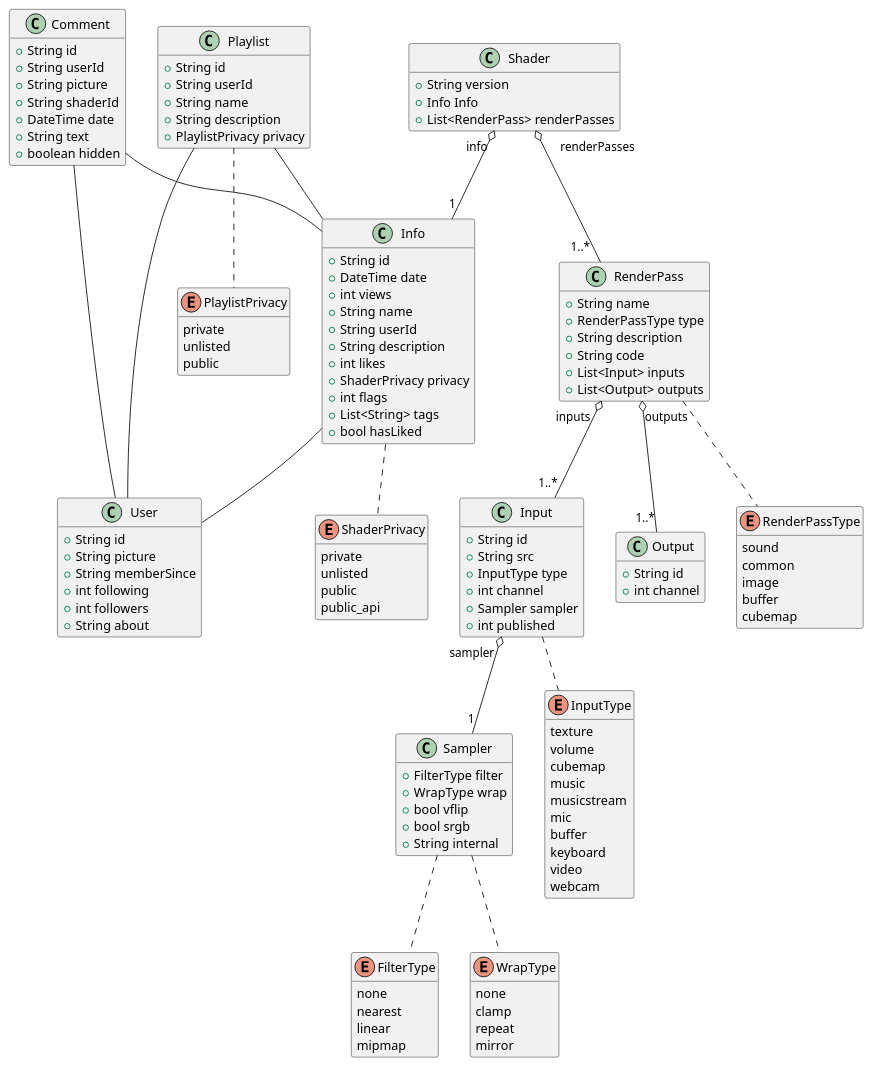
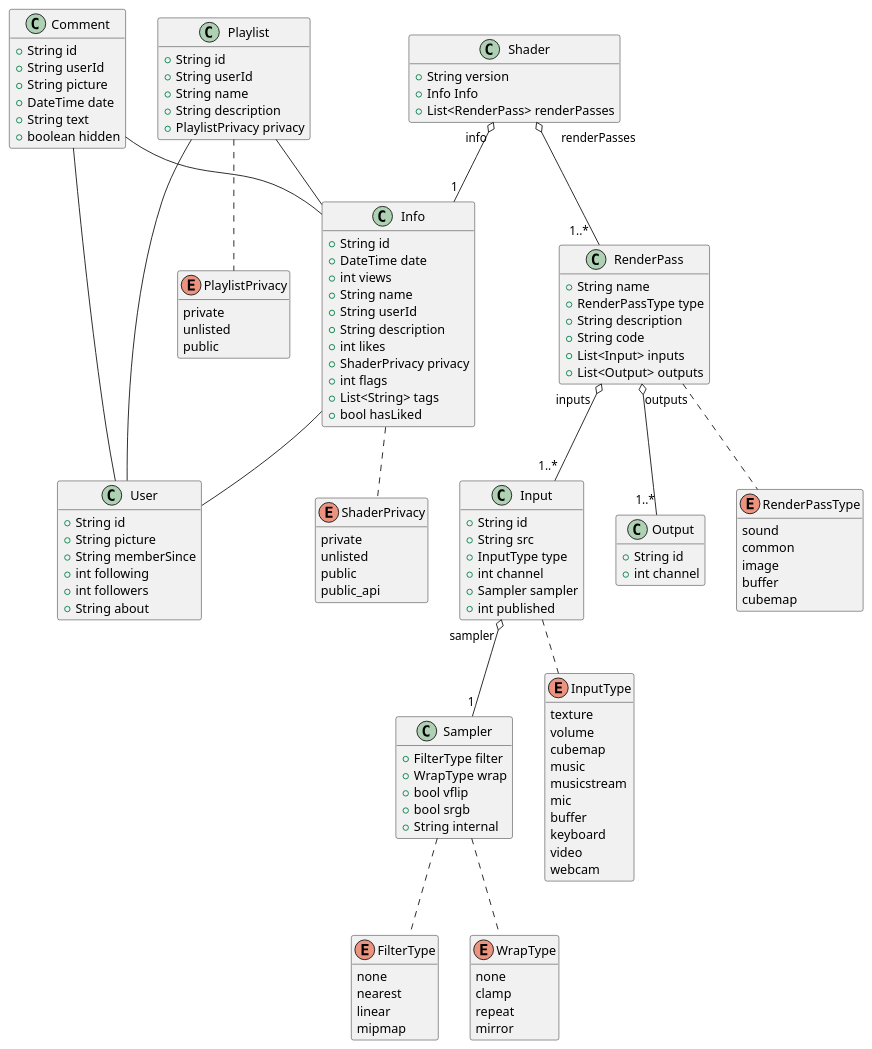
The diagram in model.pu (ivoleitao/shadertoy_api), drawn with PlantUML before and after one commit. The commit also changed 22 other files, not shown here.

```diff
--- a/model.pu
+++ b/model.pu
@@ -1,152 +1,151 @@
 @startuml model
 
 hide methods
 
 class User {
  +String id
  +String picture
  +String memberSince
  +int following
  +int followers
  +String about
 }
 
 class Comment {
     +String id
     +String userId
     +String picture
-    +String shaderId
     +DateTime date
     +String text
     +boolean hidden
 }
 
 enum ShaderPrivacy {
     private
     unlisted
     public
     public_api
 }
 
 class Info {
     +String id
     +DateTime date
     +int views 
     +String name
     +String userId
     +String description
     +int likes
     +ShaderPrivacy privacy
     +int flags
     +List<String> tags
     +bool hasLiked
 }
 
 enum FilterType {
     none
     nearest
     linear
     mipmap
 }
 
 enum WrapType {
     none
     clamp
     repeat
     mirror
 }
 
 class Sampler {
     +FilterType filter
     +WrapType wrap
     +bool vflip
     +bool srgb
     +String internal
 }
 
 enum InputType {
     texture
     volume
     cubemap
     music
     musicstream
     mic
     buffer
     keyboard
     video
     webcam
 }
 
 class Input {
     +String id
     +String src
     +InputType type
     +int channel
     +Sampler sampler
     +int published
 }
 
 class Output {
     +String id
     +int channel
 }
 
 enum RenderPassType {
     sound
     common
     image
     buffer
     cubemap
 }
 
 class RenderPass {
     +String name
     +RenderPassType type
     +String description
     +String code
     +List<Input> inputs
     +List<Output> outputs
 
 }
 
 class Shader {
     +String version
     +Info Info
     +List<RenderPass> renderPasses
 }
 
 enum PlaylistPrivacy {
     private
     unlisted
     public
 }
 
 class Playlist {
     +String id
     +String userId
     +String name
     +String description
     +PlaylistPrivacy privacy
 }
 
 Info  .. ShaderPrivacy
 Sampler .. FilterType
 Sampler .. WrapType
 Input .. InputType
 RenderPass .. RenderPassType
 Playlist .. PlaylistPrivacy
 
 Shader "             info" o-- "1" Info
 Shader "     renderPasses" o-- "1..*  " RenderPass
 RenderPass "inputs  " o-- "1..*" Input
 RenderPass "outputs" o-- "1..*" Output
 Input "sampler " o-- "1" Sampler
 
 Info -- User
 Playlist -- Info
 Playlist -- User
 Comment -- Info
 Comment -- User
 
 
 @enduml
```
